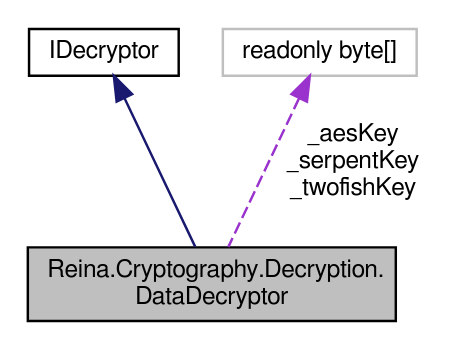
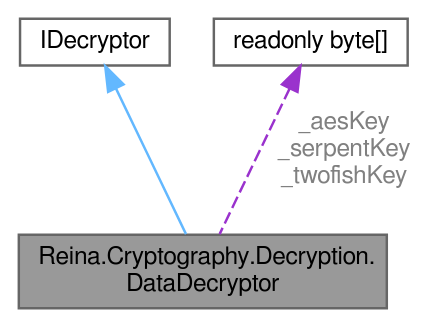
Before and after one commit to fkitsantas/Reina.Cryptography: the diagram in class_reina_1_1_cryptography_1_1_decryption_1_1_data_decryptor__coll__graph.dot, drawn with Graphviz. The commit also changed 225 other files, not shown here.

```diff
--- a/class_reina_1_1_cryptography_1_1_decryption_1_1_data_decryptor__coll__graph.dot
+++ b/class_reina_1_1_cryptography_1_1_decryption_1_1_data_decryptor__coll__graph.dot
@@ -1,11 +1,12 @@
 digraph "Reina.Cryptography.Decryption.DataDecryptor"
 {
  // LATEX_PDF_SIZE
-  edge [fontname="FreeSans",fontsize="10",labelfontname="FreeSans",labelfontsize="10"];
-  node [fontname="FreeSans",fontsize="10",shape=record];
-  Node1 [label="Reina.Cryptography.Decryption.\lDataDecryptor",height=0.2,width=0.4,color="black", fillcolor="grey75", style="filled", fontcolor="black",tooltip="Implements decryption operations using a cascading triple-layered technique with Twofish,..."];
-  Node2 -> Node1 [dir="back",color="midnightblue",fontsize="10",style="solid",fontname="FreeSans"];
-  Node2 [label="IDecryptor",height=0.2,width=0.4,color="black", fillcolor="white", style="filled",URL="$interface_reina_1_1_cryptography_1_1_interfaces_1_1_i_decryptor.html",tooltip="Defines the contract for the DataDecryptor class that implements data decryption."];
-  Node3 -> Node1 [dir="back",color="darkorchid3",fontsize="10",style="dashed",label=" _aesKey\n_serpentKey\n_twofishKey" ,fontname="FreeSans"];
-  Node3 [label="readonly byte[]",height=0.2,width=0.4,color="grey75", fillcolor="white", style="filled",tooltip=" "];
+  bgcolor="transparent";
+  edge [fontname=FreeSans,fontsize=10,labelfontname=FreeSans,labelfontsize=10];
+  node [fontname=FreeSans,fontsize=10,shape=box,height=0.2,width=0.4];
+  Node1 [id="Node000001",label="Reina.Cryptography.Decryption.\lDataDecryptor",height=0.2,width=0.4,color="gray40", fillcolor="grey60", style="filled", fontcolor="black",tooltip="Implements decryption operations using a cascading triple-layered technique with Twofish,..."];
+  Node2 -> Node1 [id="edge1_Node000001_Node000002",dir="back",color="steelblue1",style="solid",tooltip=" "];
+  Node2 [id="Node000002",label="IDecryptor",height=0.2,width=0.4,color="gray40", fillcolor="white", style="filled",URL="$interface_reina_1_1_cryptography_1_1_interfaces_1_1_i_decryptor.html",tooltip="Defines the contract for the DataDecryptor class that implements data decryption."];
+  Node3 -> Node1 [id="edge2_Node000001_Node000003",dir="back",color="darkorchid3",style="dashed",tooltip=" ",label=" _aesKey\n_serpentKey\n_twofishKey",fontcolor="grey" ];
+  Node3 [id="Node000003",label="readonly byte[]",height=0.2,width=0.4,color="gray40", fillcolor="white", style="filled",tooltip=" "];
 }
```
